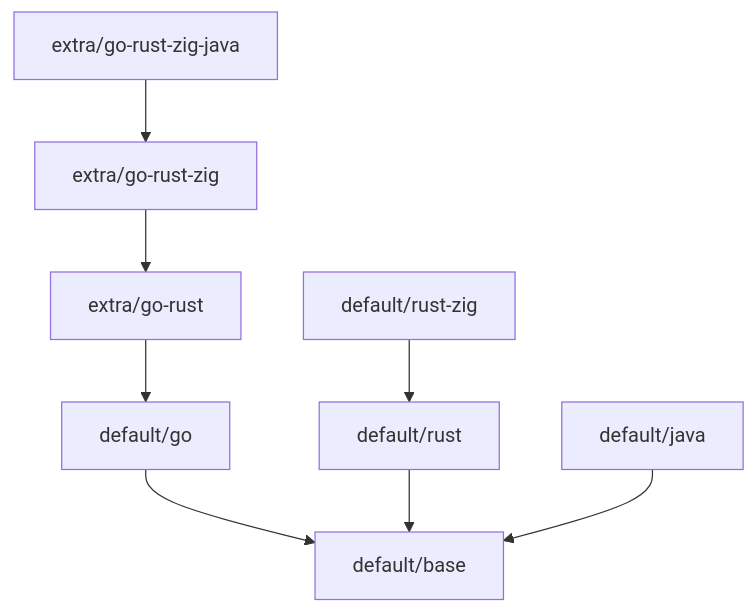
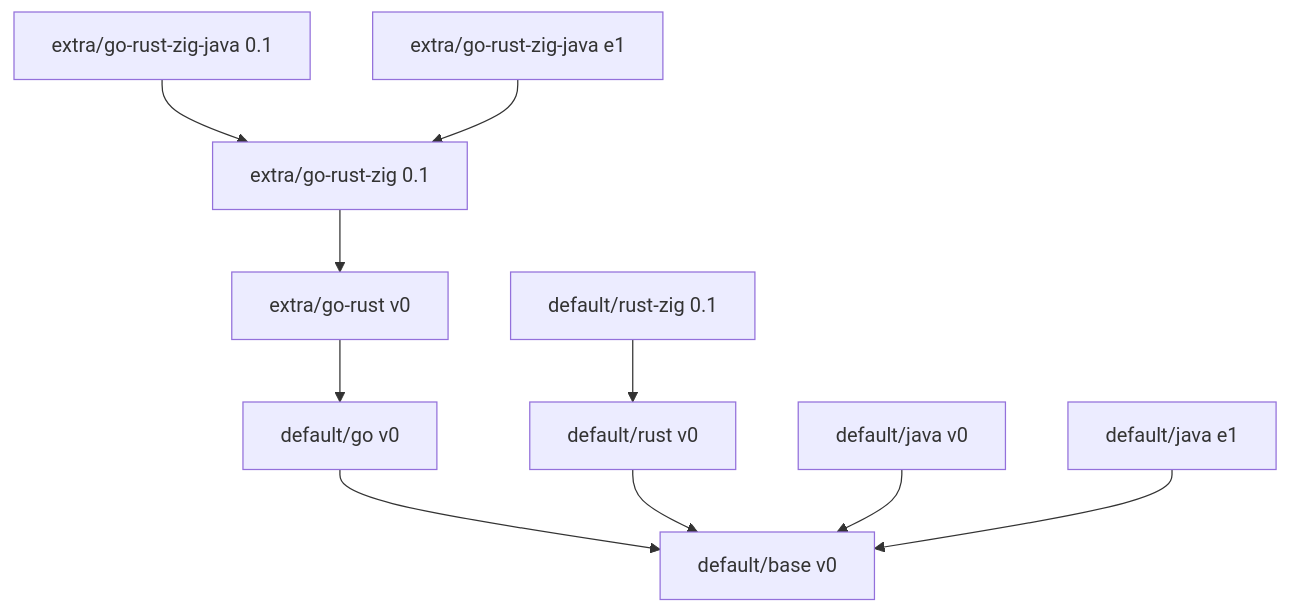
One commit to alexundros/agents-docker-images changed the diagram in README.md. Above: the diagram before and after it, drawn with Mermaid. The commit also changed other lines of this file and 3 other files, not shown here.

````diff
--- a/README.md
+++ b/README.md
@@ -52,11 +37,13 @@
 ```mermaid
 graph TD
-    base["default/base"]
-    go["default/go"] --> base
-    rust["default/rust"] --> base
-    zig["default/rust-zig"] --> rust
-    java["default/java"] --> base
-    gr["extra/go-rust"] --> go
-    grz["extra/go-rust-zig"] --> gr
-    grzj["extra/go-rust-zig-java"] --> grz
+    base["default/base v0"]
+    go["default/go v0"] --> base
+    rust["default/rust v0"] --> base
+    zig["default/rust-zig 0.1"] --> rust
+    java["default/java v0"] --> base
+    javae1["default/java e1"] --> base
+    gr["extra/go-rust v0"] --> go
+    grz["extra/go-rust-zig 0.1"] --> gr
+    grzj["extra/go-rust-zig-java 0.1"] --> grz
+    grzje1["extra/go-rust-zig-java e1"] --> grz
 ```
````
